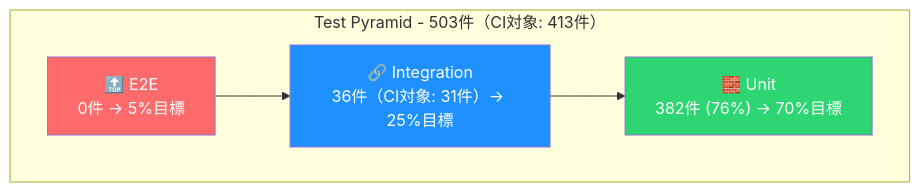
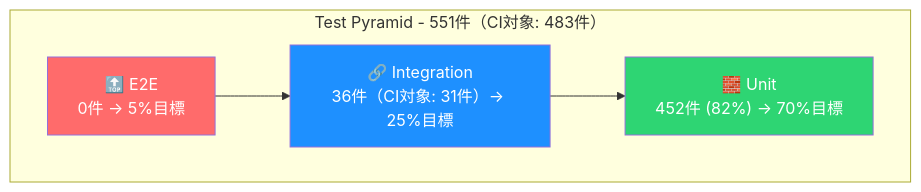
Before and after one commit to yaoki-dev/api-test-devops-portfolio: the second of 3 diagrams in README.md, drawn with Mermaid. The commit also changed other lines of this file and 7 other files, not shown here.

````diff
--- a/README.md
+++ b/README.md
@@ -292,13 +292,13 @@
 ```mermaid
 graph TB
-    subgraph "Test Pyramid - 503件（CI対象: 413件）"
+    subgraph "Test Pyramid - 551件（CI対象: 483件）"
         E2E["🔝 E2E<br/>0件 → 5%目標"]
         Integration["🔗 Integration<br/>36件（CI対象: 31件）→ 25%目標"]
-        Unit["🧱 Unit<br/>382件 (76%) → 70%目標"]
+        Unit["🧱 Unit<br/>452件 (82%) → 70%目標"]
     end
     E2E --> Integration --> Unit
 
     style E2E fill:#ff6b6b,color:#fff
     style Integration fill:#1e90ff,color:#fff
     style Unit fill:#2ed573,color:#fff
 ```
````
